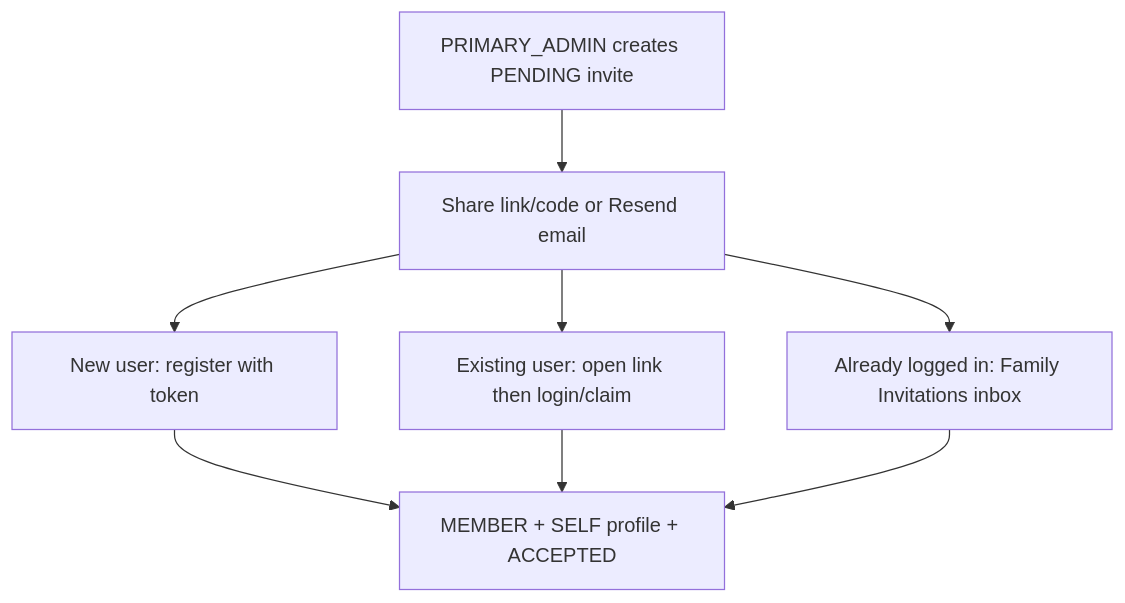
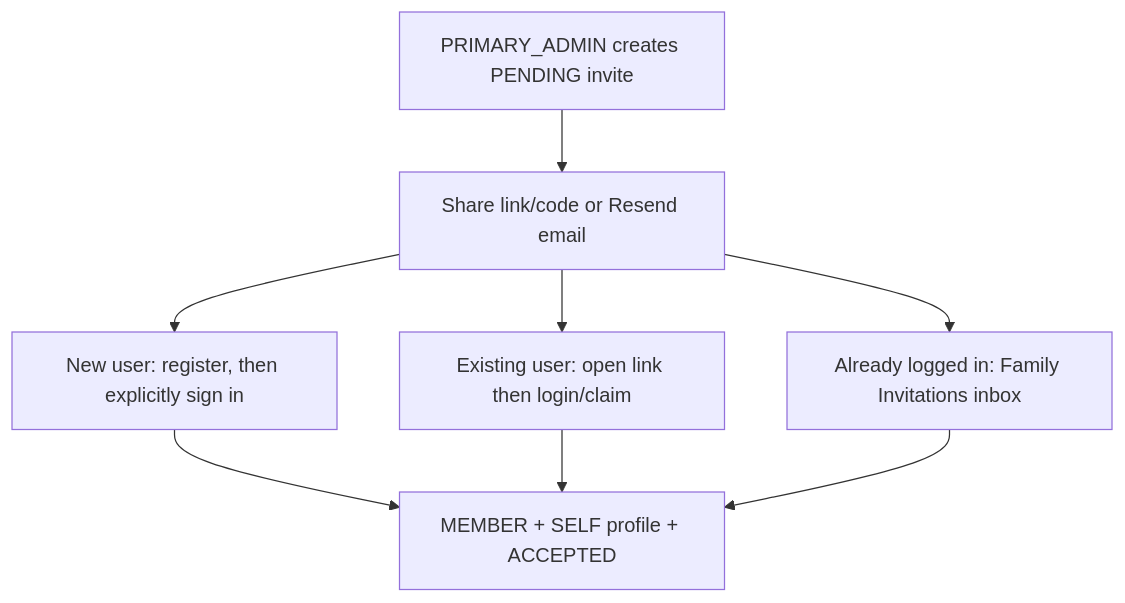
Before and after one commit to CanMakan-Team/CanMakan: the diagram in client/mobile/app/src/main/java/sg/edu/nus/iss/canmakan/features/family/README.md, drawn with Mermaid. The commit also changed other lines of this file and 55 other files, not shown here.

````diff
--- a/client/mobile/app/src/main/java/sg/edu/nus/iss/canmakan/features/family/README.md
+++ b/client/mobile/app/src/main/java/sg/edu/nus/iss/canmakan/features/family/README.md
@@ -36,10 +37,10 @@
 ```mermaid
 flowchart TD
   Admin[PRIMARY_ADMIN creates PENDING invite] --> Share[Share link/code or Resend email]
-  Share --> PathA[New user: register with token]
+  Share --> PathA[New user: register, then explicitly sign in]
   Share --> PathB[Existing user: open link then login/claim]
   Share --> PathC[Already logged in: Family Invitations inbox]
   PathA --> Join[MEMBER + SELF profile + ACCEPTED]
   PathB --> Join
   PathC --> Join
 ```
````
